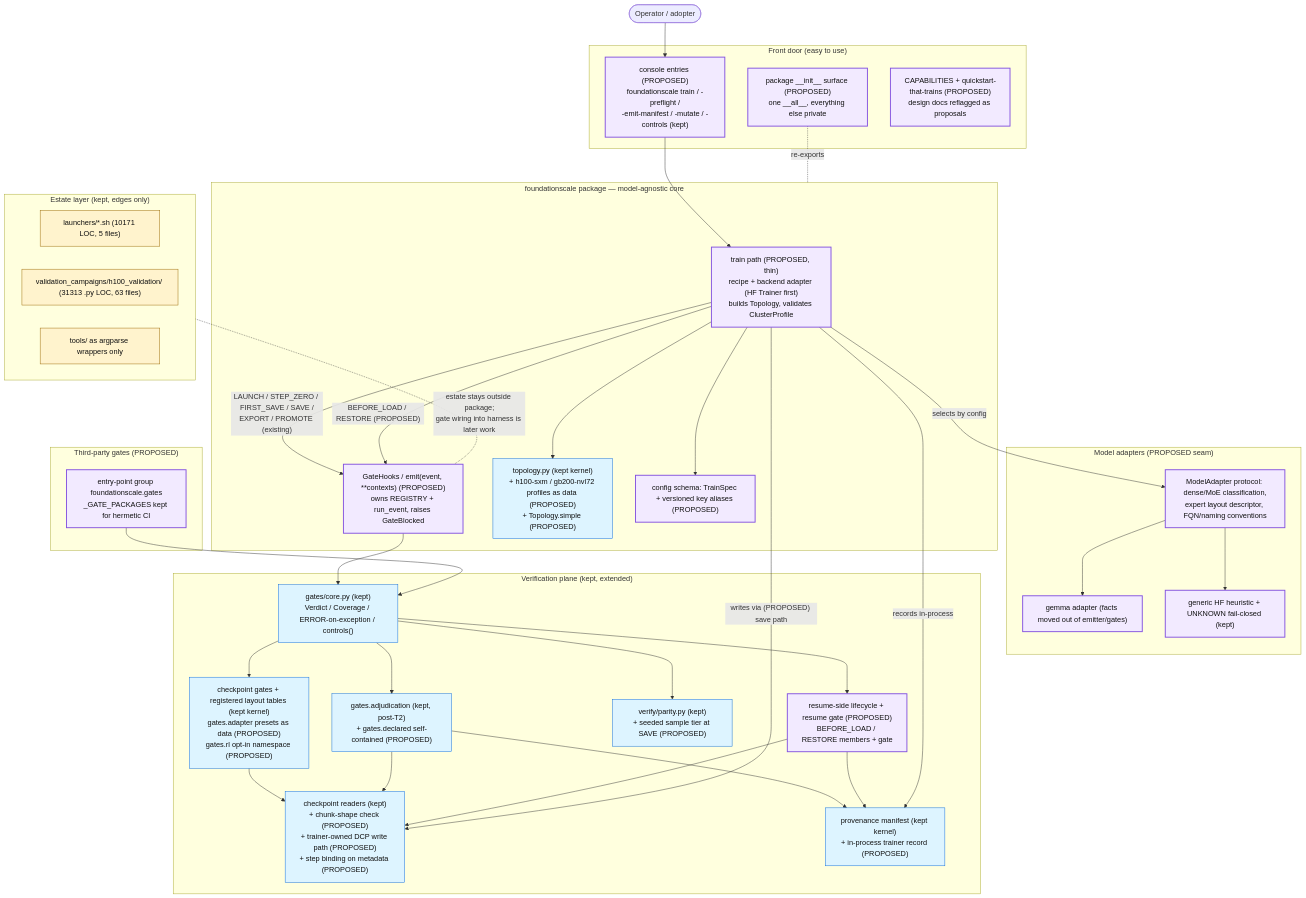
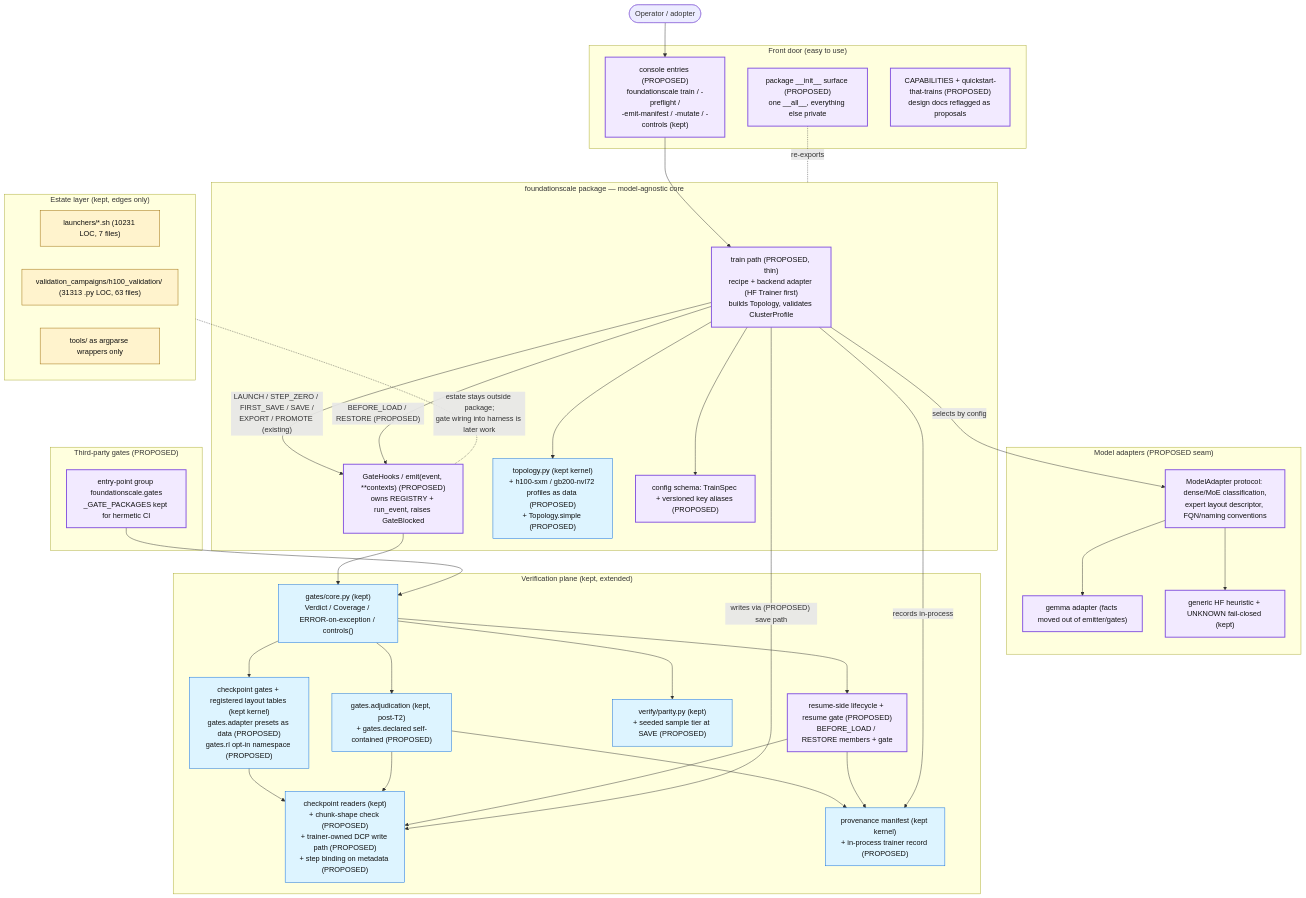
The diagram in docs/review/D5_proposed_architecture.md (TranNhiem/FoundationScale), drawn with Mermaid before and after one commit. The commit also changed other lines of this file and 11 other files, not shown here.

````diff
--- a/docs/review/D5_proposed_architecture.md
+++ b/docs/review/D5_proposed_architecture.md
@@ -13,74 +13,74 @@
 ```mermaid
 flowchart TB
   U(["Operator / adopter"])
 
   subgraph FRONT["Front door (easy to use)"]
     CLI["console entries (PROPOSED)<br/>foundationscale train / -preflight /<br/>-emit-manifest / -mutate / -controls (kept)"]
     SURF["package __init__ surface (PROPOSED)<br/>one __all__, everything else private"]
     DOCS["CAPABILITIES + quickstart-that-trains (PROPOSED)<br/>design docs reflagged as proposals"]
   end
 
   subgraph CORE["foundationscale package — model-agnostic core"]
     TRAIN["train path (PROPOSED, thin)<br/>recipe + backend adapter (HF Trainer first)<br/>builds Topology, validates ClusterProfile"]
     HOOKS["GateHooks / emit(event, **contexts) (PROPOSED)<br/>owns REGISTRY + run_event, raises GateBlocked"]
     TOPO["topology.py (kept kernel)<br/>+ h100-sxm / gb200-nvl72 profiles as data (PROPOSED)<br/>+ Topology.simple (PROPOSED)"]
     CONFIG["config schema: TrainSpec + versioned key aliases (PROPOSED)"]
   end
 
   subgraph ADAPT["Model adapters (PROPOSED seam)"]
     MA["ModelAdapter protocol: dense/MoE classification,<br/>expert layout descriptor, FQN/naming conventions"]
     GEM["gemma adapter (facts moved out of emitter/gates)"]
     HF["generic HF heuristic + UNKNOWN fail-closed (kept)"]
   end
 
   subgraph VERIFY["Verification plane (kept, extended)"]
     GCORE["gates/core.py (kept)<br/>Verdict / Coverage / ERROR-on-exception / controls()"]
     GCK["checkpoint gates + registered layout tables (kept kernel)<br/>gates.adapter presets as data (PROPOSED)<br/>gates.rl opt-in namespace (PROPOSED)"]
     ADJ["gates.adjudication (kept, post-T2)<br/>+ gates.declared self-contained (PROPOSED)"]
     PAR["verify/parity.py (kept)<br/>+ seeded sample tier at SAVE (PROPOSED)"]
     CKIO["checkpoint readers (kept)<br/>+ chunk-shape check (PROPOSED)<br/>+ trainer-owned DCP write path (PROPOSED)<br/>+ step binding on metadata (PROPOSED)"]
     PROV["provenance manifest (kept kernel)<br/>+ in-process trainer record (PROPOSED)"]
     RES["resume-side lifecycle + resume gate (PROPOSED)<br/>BEFORE_LOAD / RESTORE members + gate"]
   end
 
   subgraph PLUG["Third-party gates (PROPOSED)"]
     EP["entry-point group foundationscale.gates<br/>_GATE_PACKAGES kept for hermetic CI"]
   end
 
   subgraph ESTATE["Estate layer (kept, edges only)"]
-    LAU["launchers/*.sh (10171 LOC, 5 files)"]
+    LAU["launchers/*.sh (10231 LOC, 7 files)"]
     H100["validation_campaigns/h100_validation/ (31313 .py LOC, 63 files)"]
     WRAP["tools/ as argparse wrappers only"]
   end
 
   U --> CLI --> TRAIN
   SURF -. re-exports .- CORE
   TRAIN --> TOPO
   TRAIN --> CONFIG
   TRAIN -- "selects by config" --> MA
   MA --> GEM
   MA --> HF
   TRAIN -- "LAUNCH / STEP_ZERO / FIRST_SAVE / SAVE /<br/>EXPORT / PROMOTE (existing)" --> HOOKS
   TRAIN -- "BEFORE_LOAD / RESTORE (PROPOSED)" --> HOOKS
   HOOKS --> GCORE
   EP --> GCORE
   GCORE --> GCK
   GCORE --> ADJ
   GCORE --> PAR
   GCORE --> RES
   GCK --> CKIO
   ADJ --> CKIO
   ADJ --> PROV
   RES --> CKIO
   RES --> PROV
   TRAIN -- "writes via (PROPOSED) save path" --> CKIO
   TRAIN -- "records in-process" --> PROV
   ESTATE -. "estate stays outside package;<br/>gate wiring into harness is later work" .- HOOKS
 
   classDef new fill:#f2eaff,stroke:#8250df,stroke-width:2px,color:#111;
   classDef kept fill:#ddf4ff,stroke:#0969da,color:#111;
   classDef estate fill:#fff3cd,stroke:#9a6700,color:#111;
   class TRAIN,HOOKS,CLI,SURF,DOCS,MA,GEM,HF,RES,EP,CONFIG new;
   class GCORE,GCK,ADJ,PAR,CKIO,PROV,TOPO kept;
   class LAU,H100,WRAP estate;
 ```
````
